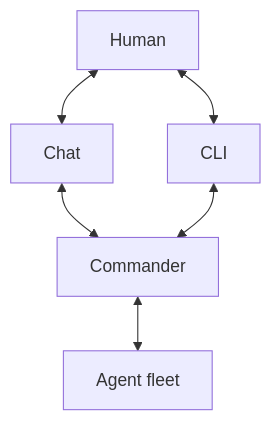
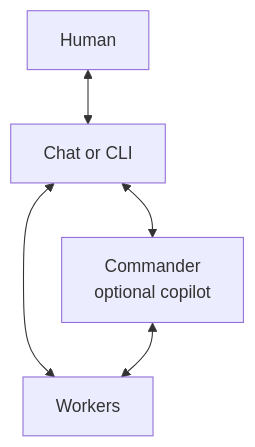
One commit to swiknaba/digitaltwin changed the diagram in README.md. Above: the diagram before and after it, drawn with Mermaid. The commit also changed other lines of this file, not shown here.

Commit message:
docs: clarify Digitaltwin product paths

````diff
--- a/README.md
+++ b/README.md
@@ -16,14 +16,12 @@
 ```mermaid
 flowchart TD
   human[Human]
-  chat[Chat]
-  cli[CLI]
-  commander[Commander]
-  fleet[Agent fleet]
+  access[Chat or CLI]
+  commander[Commander<br/>optional copilot]
+  workers[Workers]
 
-  human <--> chat
-  human <--> cli
-  chat <--> commander
-  cli <--> commander
-  commander <--> fleet
+  human <--> access
+  access <--> workers
+  access <--> commander
+  commander <--> workers
 ```
````
